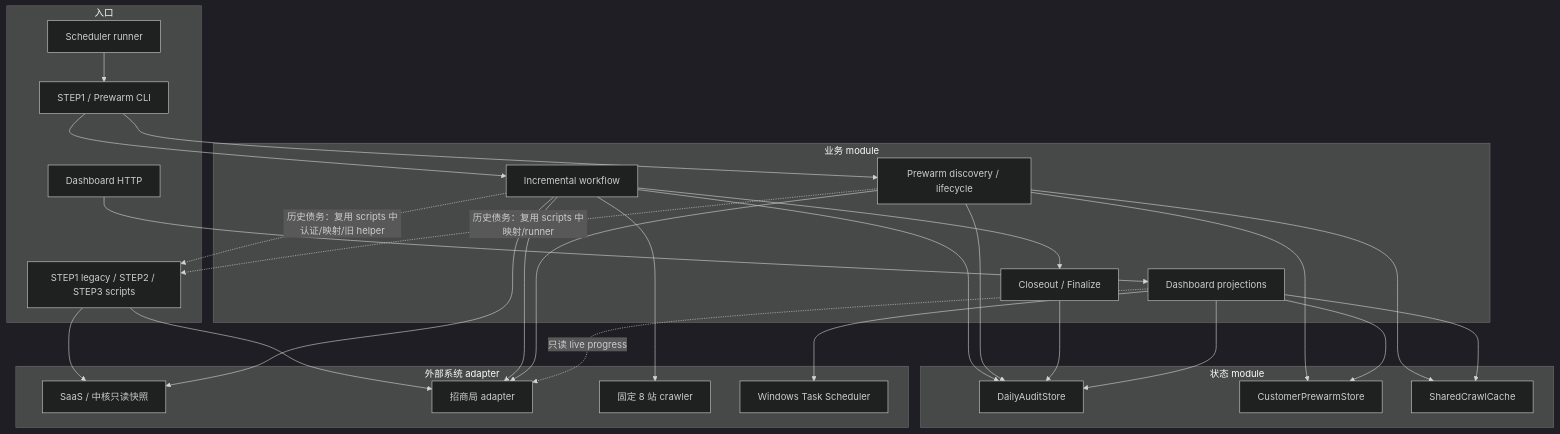
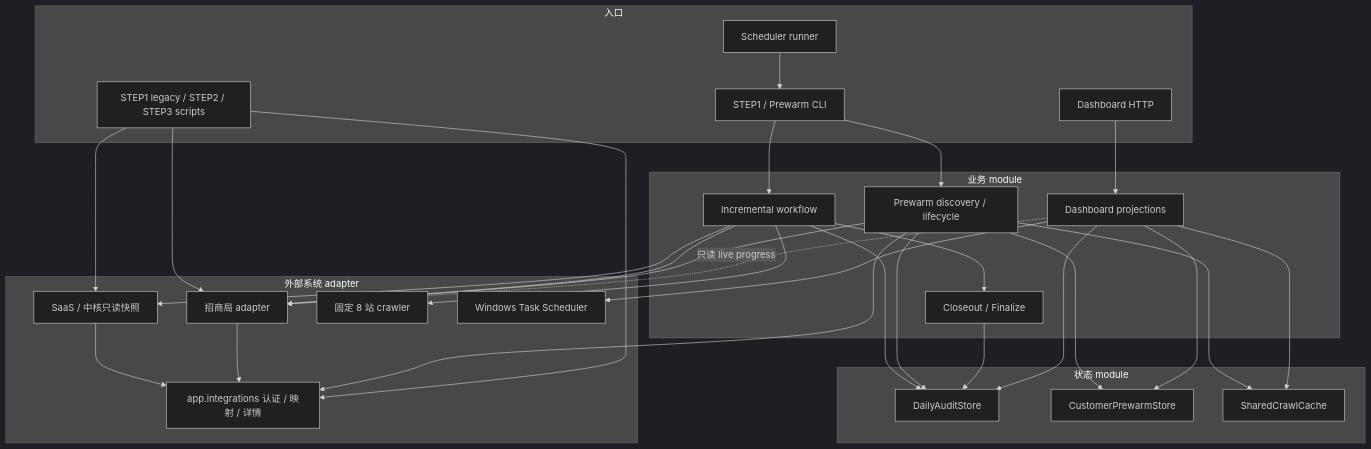
One commit to shuaikun853-dev/CNNC changed the second of 2 diagrams in ARCHITECTURE.md. Above: the diagram before and after it, drawn with Mermaid (dark theme). The commit also changed other lines of this file and 64 other files, not shown here.

````diff
--- a/ARCHITECTURE.md
+++ b/ARCHITECTURE.md
@@ -60,54 +62,57 @@
 ```mermaid
 flowchart TB
     subgraph Entry[入口]
       SCH[Scheduler runner]
       CLI[STEP1 / Prewarm CLI]
       LEGACY[STEP1 legacy / STEP2 / STEP3 scripts]
       WEB[Dashboard HTTP]
     end
 
     subgraph Business[业务 module]
       WF[Incremental workflow]
       PRE[Prewarm discovery / lifecycle]
       FIN[Closeout / Finalize]
       PROJ[Dashboard projections]
     end
 
     subgraph State[状态 module]
       DAILY[DailyAuditStore]
       PREDB[CustomerPrewarmStore]
       CACHE[SharedCrawlCache]
     end
 
     subgraph External[外部系统 adapter]
       SNAP[SaaS / 中核只读快照]
       ZS[招商局 adapter]
       LOCAL[固定 8 站 crawler]
+      AUTH[app.integrations 认证 / 映射 / 详情]
       TASKS[Windows Task Scheduler]
     end
 
     SCH --> CLI
     CLI --> WF
     CLI --> PRE
     LEGACY --> SNAP
     LEGACY --> ZS
     WEB --> PROJ
     WF --> DAILY
     WF --> FIN
     WF --> SNAP
     WF --> ZS
     WF --> LOCAL
     PRE --> PREDB
     PRE --> DAILY
     PRE --> CACHE
     PRE --> ZS
     FIN --> DAILY
     PROJ --> DAILY
     PROJ --> PREDB
     PROJ --> CACHE
     PROJ --> TASKS
     PROJ -. 只读 live progress .-> ZS
 
-    WF -. 历史债务：复用 scripts 中认证/映射/旧 helper .-> LEGACY
-    PRE -. 历史债务：复用 scripts 中映射/runner .-> LEGACY
+    SNAP --> AUTH
+    ZS --> AUTH
+    PRE --> AUTH
+    LEGACY --> AUTH
 ```
````
